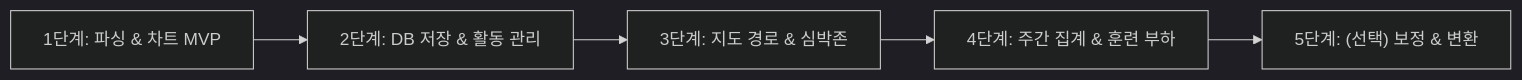
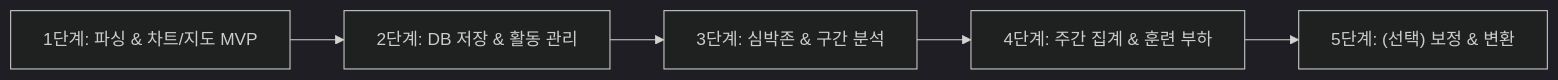
One commit to devyhj99/fit-lab changed the diagram in docs/roadmap.md. Above: the diagram before and after it, drawn with Mermaid (dark theme). The commit also changed other lines of this file and 1 other file, not shown here.

````diff
--- a/docs/roadmap.md
+++ b/docs/roadmap.md
@@ -5,7 +5,7 @@
 ```mermaid
 flowchart LR
-    M1["1단계: 파싱 & 차트 MVP"] --> M2["2단계: DB 저장 & 활동 관리"]
-    M2 --> M3["3단계: 지도 경로 & 심박존"]
+    M1["1단계: 파싱 & 차트/지도 MVP"] --> M2["2단계: DB 저장 & 활동 관리"]
+    M2 --> M3["3단계: 심박존 & 구간 분석"]
     M3 --> M4["4단계: 주간 집계 & 훈련 부하"]
     M4 --> M5["5단계: (선택) 보정 & 변환"]
 ```
````
